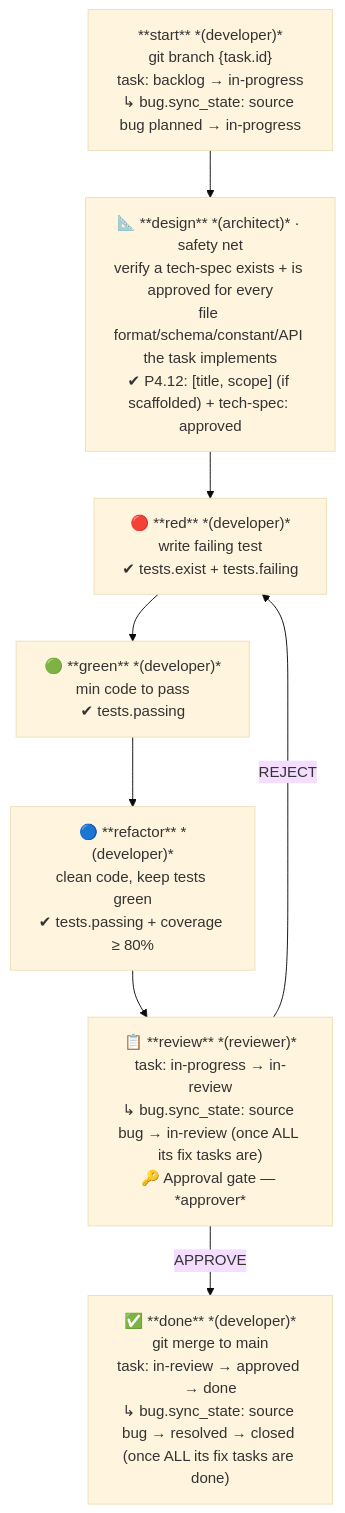
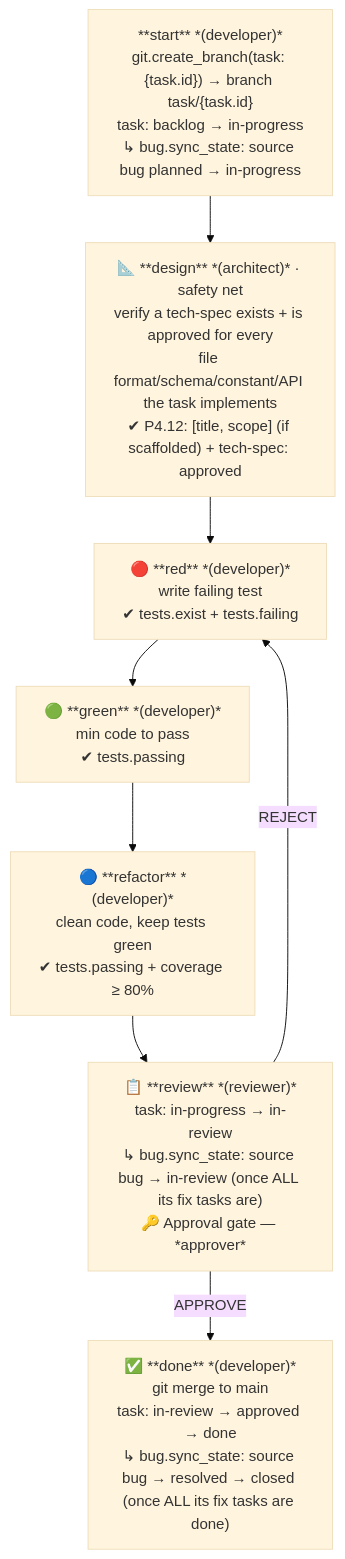
Before and after one commit to wingfoil/wingfoil: the ninth of 24 diagrams in .wingfoil/WORKFLOW.md, drawn with Mermaid (base theme). The commit also changed other lines of this file and 18 other files, not shown here.

````diff
--- a/.wingfoil/WORKFLOW.md
+++ b/.wingfoil/WORKFLOW.md
@@ -214,14 +216,14 @@
 ```mermaid
 flowchart TD
-    ST["**start** *(developer)*\ngit branch {task.id}\ntask: backlog → in-progress\n↳ bug.sync_state: source bug planned → in-progress"]
+    ST["**start** *(developer)*\ngit.create_branch(task: {task.id}) → branch task/{task.id}\ntask: backlog → in-progress\n↳ bug.sync_state: source bug planned → in-progress"]
     DES["📐 **design** *(architect)* · safety net\nverify a tech-spec exists + is approved for every\nfile format/schema/constant/API the task implements\n✔ P4.12: [title, scope] (if scaffolded) + tech-spec: approved"]
     RED["🔴 **red** *(developer)*\nwrite failing test\n✔ tests.exist + tests.failing"]
     GREEN["🟢 **green** *(developer)*\nmin code to pass\n✔ tests.passing"]
     REF["🔵 **refactor** *(developer)*\nclean code, keep tests green\n✔ tests.passing + coverage ≥ 80%"]
     REV["📋 **review** *(reviewer)*\ntask: in-progress → in-review\n↳ bug.sync_state: source bug → in-review (once ALL its fix tasks are)\n🔑 Approval gate — *approver*"]
     DONE["✅ **done** *(developer)*\ngit merge to main\ntask: in-review → approved → done\n↳ bug.sync_state: source bug → resolved → closed (once ALL its fix tasks are done)"]
 
     ST --> DES --> RED --> GREEN --> REF --> REV
     REV -->|APPROVE| DONE
     REV -->|REJECT| RED
 ```
````
